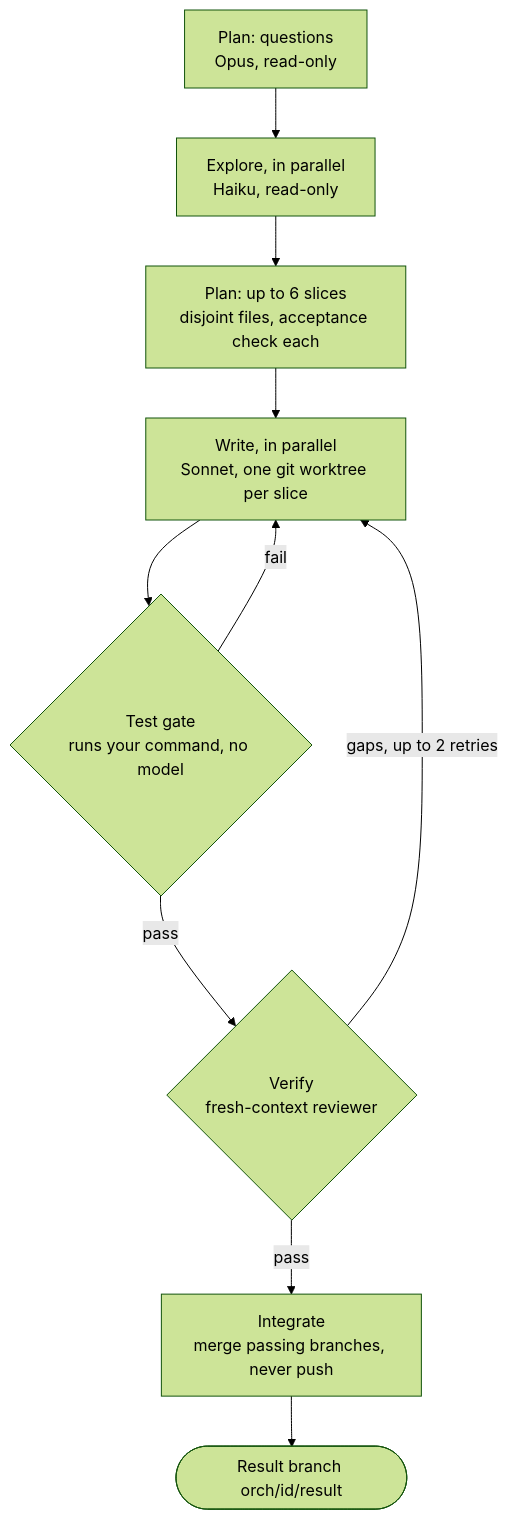
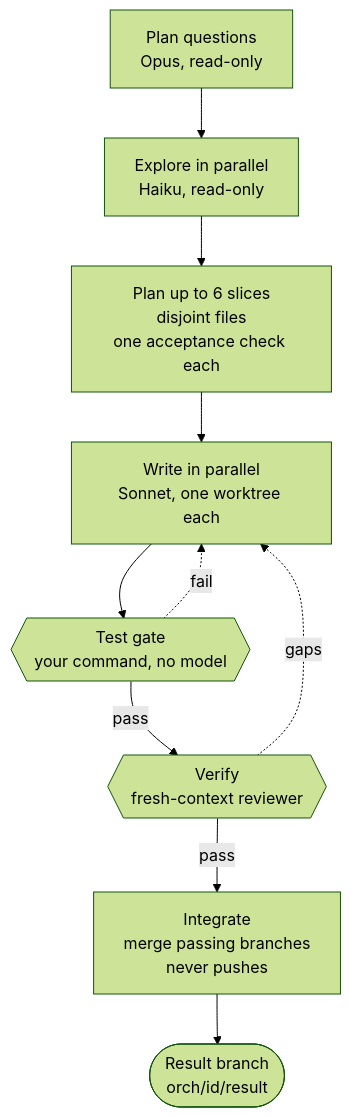
Before and after one commit to 0xcvaliente/claude-code-orchestration: the second of 5 diagrams in README.md, drawn with Mermaid (forest theme). The commit also changed other lines of this file, not shown here.

First line of the commit message:
README: redraw diagrams so they align and stop overflowing

````diff
--- a/README.md
+++ b/README.md
@@ -89,12 +99,12 @@
 ```mermaid
 flowchart TD
-    A["Plan: questions<br/>Opus, read-only"] --> B["Explore, in parallel<br/>Haiku, read-only"]
-    B --> C["Plan: up to 6 slices<br/>disjoint files, acceptance check each"]
-    C --> D["Write, in parallel<br/>Sonnet, one git worktree per slice"]
-    D --> E{"Test gate<br/>runs your command, no model"}
-    E -->|fail| D
-    E -->|pass| F{"Verify<br/>fresh-context reviewer"}
-    F -->|"gaps, up to 2 retries"| D
-    F -->|pass| G["Integrate<br/>merge passing branches, never push"]
-    G --> H(["Result branch orch/id/result"])
+    A["Plan questions<br/>Opus, read-only"] --> B["Explore in parallel<br/>Haiku, read-only"]
+    B --> C["Plan up to 6 slices<br/>disjoint files<br/>one acceptance check each"]
+    C --> D["Write in parallel<br/>Sonnet, one worktree each"]
+    D --> E{{"Test gate<br/>your command, no model"}}
+    E -->|pass| F{{"Verify<br/>fresh-context reviewer"}}
+    F -->|pass| G["Integrate<br/>merge passing branches<br/>never pushes"]
+    G --> H(["Result branch<br/>orch/id/result"])
+    E -.->|fail| D
+    F -.->|gaps| D
 ```
````
